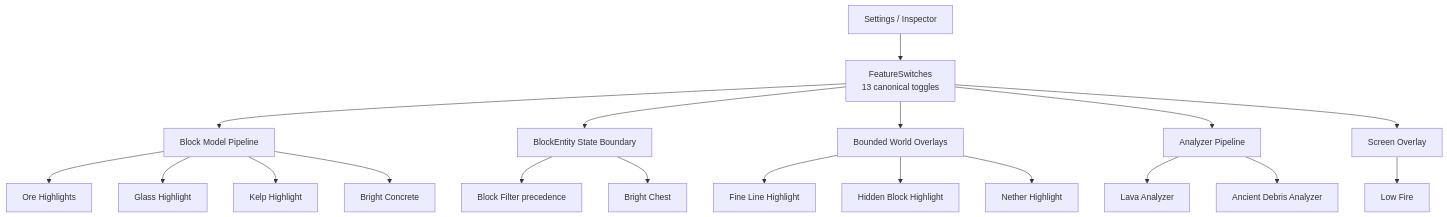
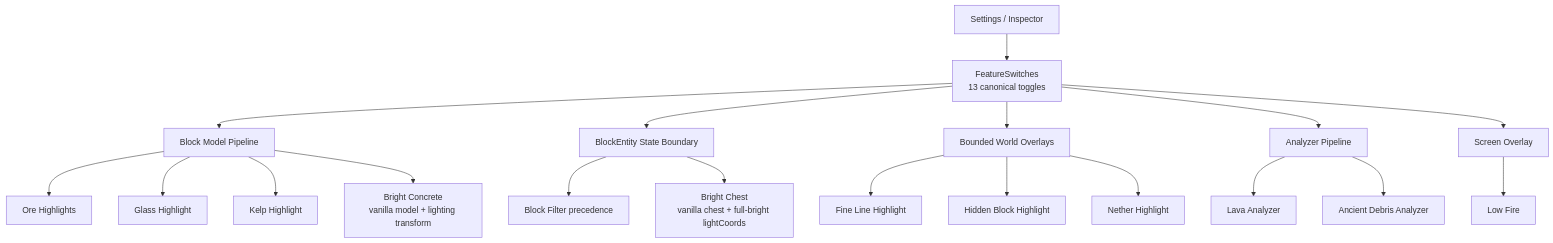
The second of 3 diagrams in README.md (bosatsu25/ChiseTweaks), drawn with Mermaid before and after one commit. The commit also changed other lines of this file, not shown here.

Commit message:
Document texture-free Bright rendering

````diff
--- a/README.md
+++ b/README.md
@@ -64,26 +72,26 @@
 ```mermaid
 flowchart TD
     UI[Settings / Inspector] --> REG[FeatureSwitches\n13 canonical toggles]
     REG --> MODEL[Block Model Pipeline]
     REG --> BE[BlockEntity State Boundary]
     REG --> OVERLAY[Bounded World Overlays]
     REG --> ANALYZER[Analyzer Pipeline]
     REG --> SCREEN[Screen Overlay]
 
     MODEL --> ORE[Ore Highlights]
     MODEL --> GLASS[Glass Highlight]
     MODEL --> KELP[Kelp Highlight]
-    MODEL --> CONCRETE[Bright Concrete]
+    MODEL --> CONCRETE[Bright Concrete\nvanilla model + lighting transform]
 
     BE --> BLOCKFILTER[Block Filter precedence]
-    BE --> CHEST[Bright Chest]
+    BE --> CHEST[Bright Chest\nvanilla chest + full-bright lightCoords]
 
     OVERLAY --> FINE[Fine Line Highlight]
     OVERLAY --> HIDDEN[Hidden Block Highlight]
     OVERLAY --> NETHER[Nether Highlight]
 
     ANALYZER --> LAVA[Lava Analyzer]
     ANALYZER --> DEBRIS[Ancient Debris Analyzer]
 
     SCREEN --> FIRE[Low Fire]
 ```
````
